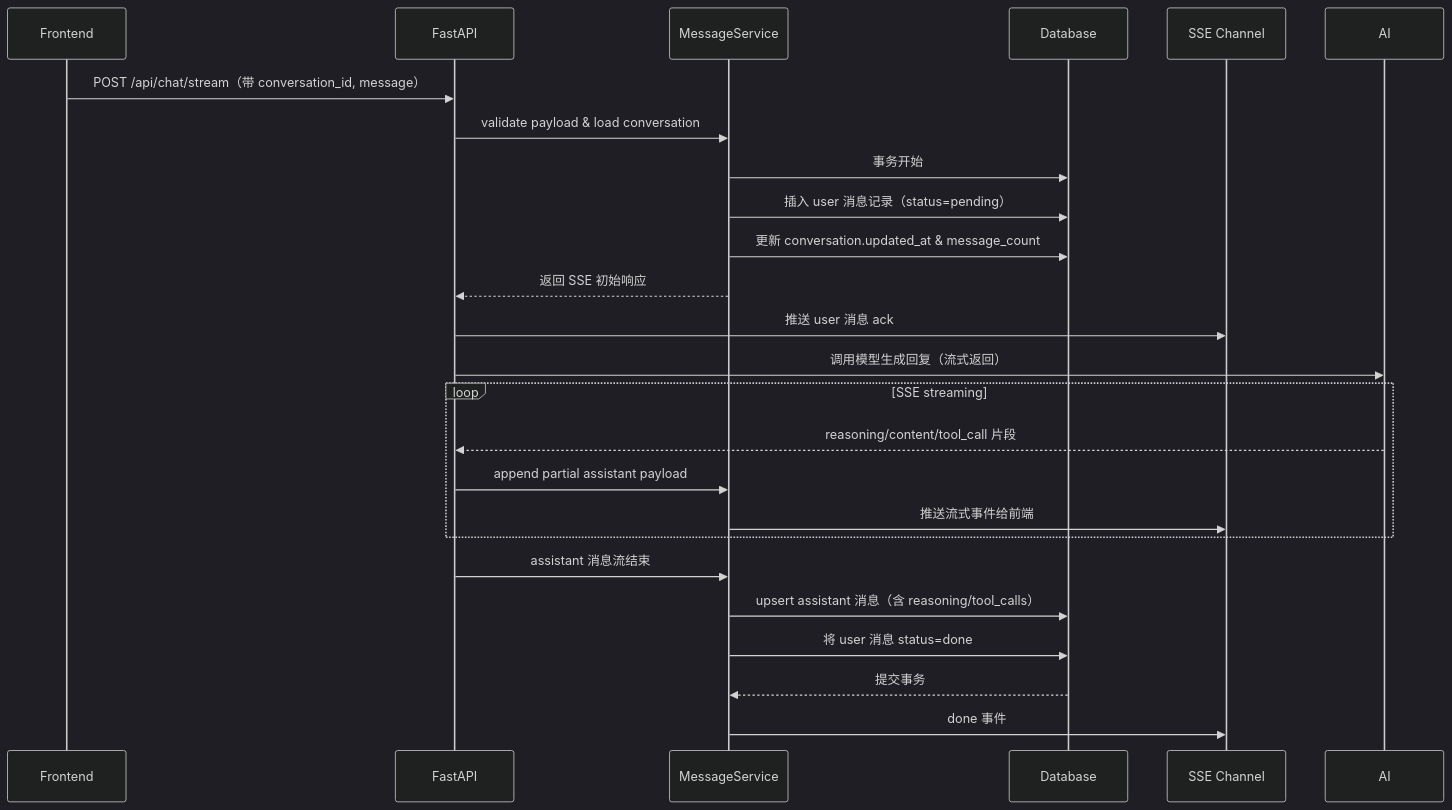
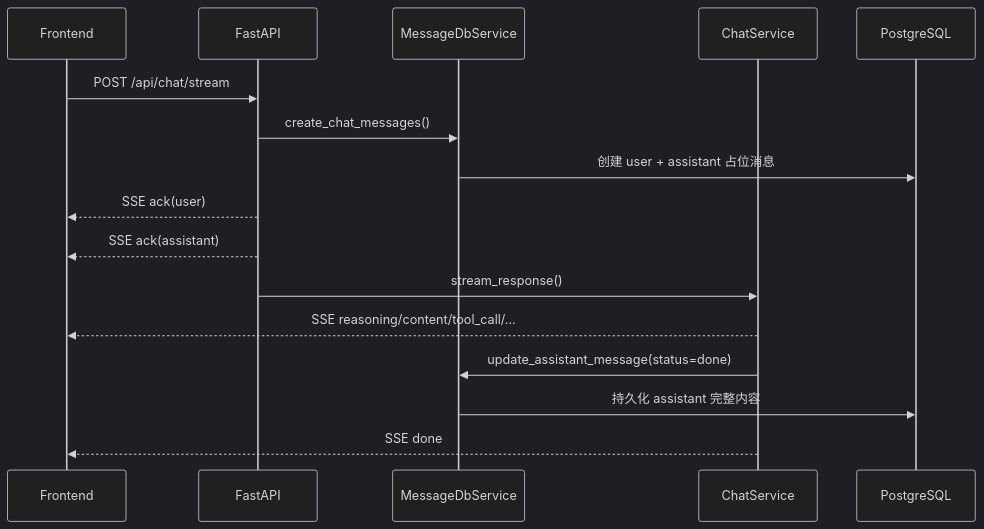
The second of 2 diagrams in docs/会话管理.md (wuhonglei/chat-agent), drawn with Mermaid (dark theme) before and after one commit. The commit also changed other lines of this file and 22 other files, not shown here.

````diff
--- a/docs/会话管理.md
+++ b/docs/会话管理.md
@@ -24,27 +35,19 @@
 ```mermaid
 sequenceDiagram
     participant FE as Frontend
     participant API as FastAPI
-    participant SVC as MessageService
-    participant DB as Database
-    participant SSE as SSE Channel
+    participant MSG as MessageDbService
+    participant CHAT as ChatService
+    participant DB as PostgreSQL
 
-    FE->>API: POST /api/chat/stream（带 conversation_id, message）
-    API->>SVC: validate payload & load conversation
-    SVC->>DB: 事务开始
-    SVC->>DB: 插入 user 消息记录（status=pending）
-    SVC->>DB: 更新 conversation.updated_at & message_count
-    SVC-->>API: 返回 SSE 初始响应
-    API->>SSE: 推送 user 消息 ack
-    API->>AI: 调用模型生成回复（流式返回）
-    loop SSE streaming
-        AI-->>API: reasoning/content/tool_call 片段
-        API->>SVC: append partial assistant payload
-        SVC->>SSE: 推送流式事件给前端
-    end
-    API->>SVC: assistant 消息流结束
-    SVC->>DB: upsert assistant 消息（含 reasoning/tool_calls）
-    SVC->>DB: 将 user 消息 status=done
-    DB-->>SVC: 提交事务
-    SVC->>SSE: done 事件
+    FE->>API: POST /api/chat/stream
+    API->>MSG: create_chat_messages()
+    MSG->>DB: 创建 user + assistant 占位消息
+    API-->>FE: SSE ack(user)
+    API-->>FE: SSE ack(assistant)
+    API->>CHAT: stream_response()
+    CHAT-->>FE: SSE reasoning/content/tool_call/...
+    CHAT->>MSG: update_assistant_message(status=done)
+    MSG->>DB: 持久化 assistant 完整内容
+    CHAT-->>FE: SSE done
 ```
````
